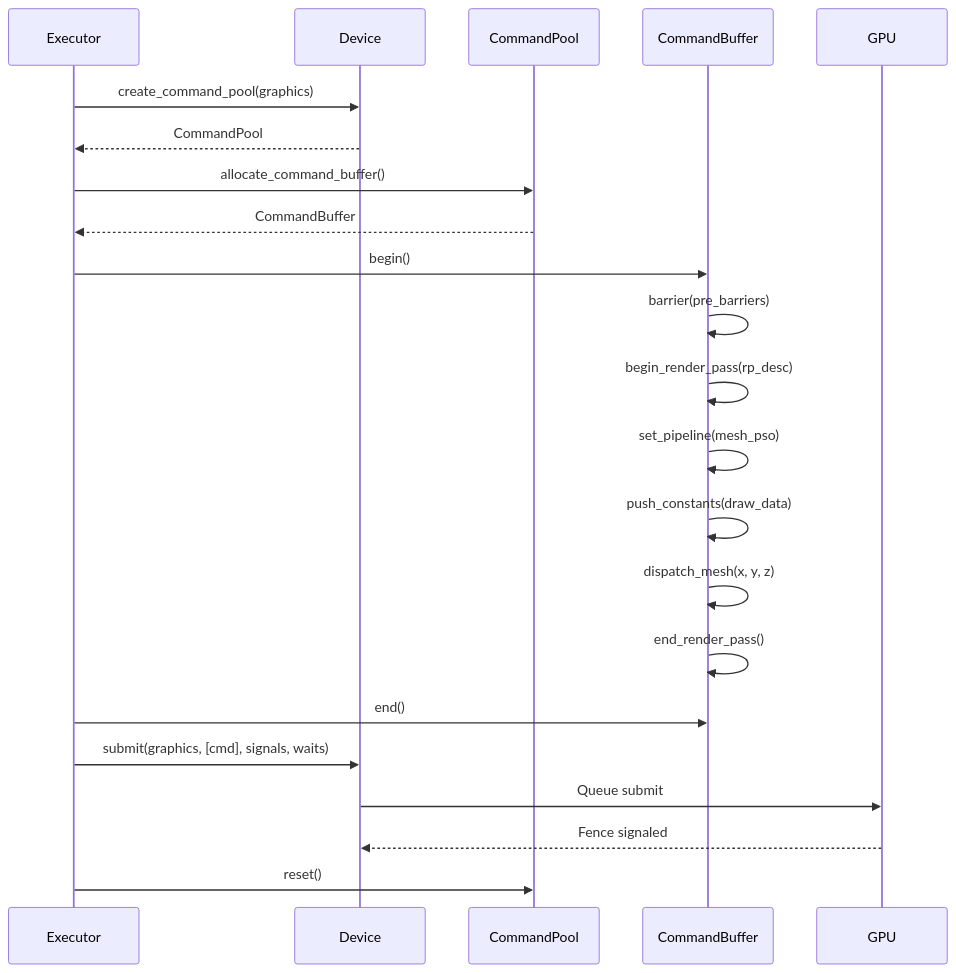
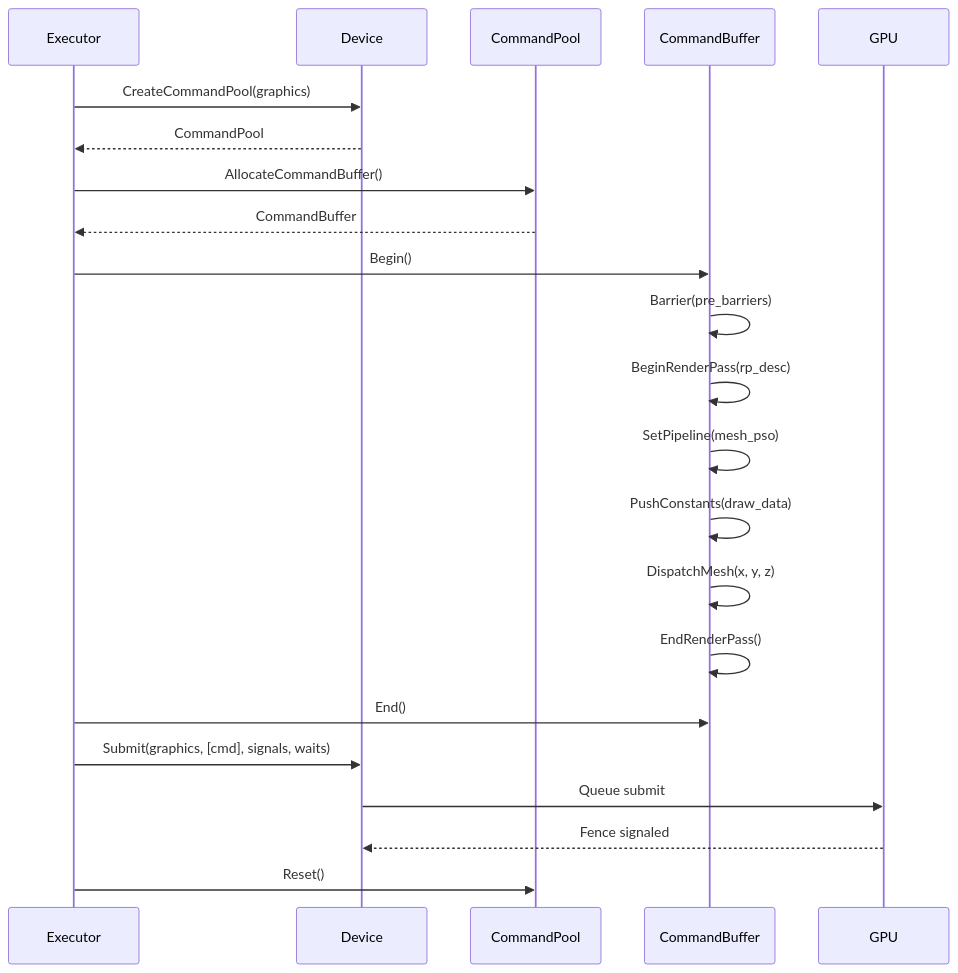
One commit to harmonius-dev/harmonius changed diagram 16 of 17 in docs/design/gpu-backend-interface-classes.md. Above: the diagram before and after it, drawn with Mermaid. The commit also changed other lines of this file and 67 other files, not shown here.

````diff
--- a/docs/design/gpu-backend-interface-classes.md
+++ b/docs/design/gpu-backend-interface-classes.md
@@ -1005,29 +1005,29 @@
 ```mermaid
 sequenceDiagram
     participant Exec as Executor
     participant Dev as Device
     participant Pool as CommandPool
     participant Cmd as CommandBuffer
     participant GPU
 
-    Exec->>Dev: create_command_pool(graphics)
+    Exec->>Dev: CreateCommandPool(graphics)
     Dev-->>Exec: CommandPool
 
-    Exec->>Pool: allocate_command_buffer()
+    Exec->>Pool: AllocateCommandBuffer()
     Pool-->>Exec: CommandBuffer
 
-    Exec->>Cmd: begin()
-    Cmd->>Cmd: barrier(pre_barriers)
-    Cmd->>Cmd: begin_render_pass(rp_desc)
-    Cmd->>Cmd: set_pipeline(mesh_pso)
-    Cmd->>Cmd: push_constants(draw_data)
-    Cmd->>Cmd: dispatch_mesh(x, y, z)
-    Cmd->>Cmd: end_render_pass()
-    Exec->>Cmd: end()
+    Exec->>Cmd: Begin()
+    Cmd->>Cmd: Barrier(pre_barriers)
+    Cmd->>Cmd: BeginRenderPass(rp_desc)
+    Cmd->>Cmd: SetPipeline(mesh_pso)
+    Cmd->>Cmd: PushConstants(draw_data)
+    Cmd->>Cmd: DispatchMesh(x, y, z)
+    Cmd->>Cmd: EndRenderPass()
+    Exec->>Cmd: End()
 
-    Exec->>Dev: submit(graphics, [cmd], signals, waits)
+    Exec->>Dev: Submit(graphics, [cmd], signals, waits)
     Dev->>GPU: Queue submit
     GPU-->>Dev: Fence signaled
 
-    Exec->>Pool: reset()
+    Exec->>Pool: Reset()
 ```
````
